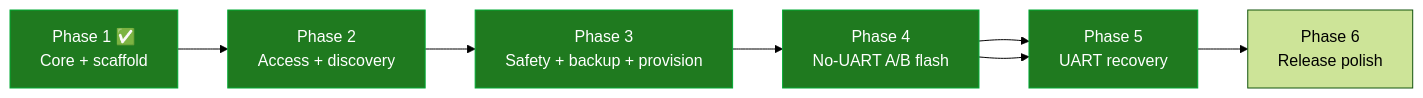
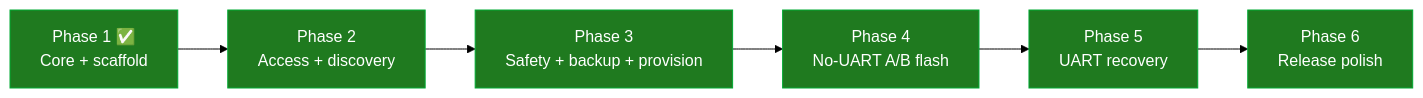
The diagram in ROADMAP-DEV.md (ParkWardRR/pelegrun-ap-hk07-firmware-tools), drawn with Mermaid (forest theme) before and after one commit. The commit also changed other lines of this file and 22 other files, not shown here.

````diff
--- a/ROADMAP-DEV.md
+++ b/ROADMAP-DEV.md
@@ -5,14 +5,14 @@
 ```mermaid
 flowchart LR
   P1[Phase 1 ✅<br/>Core + scaffold] --> P2[Phase 2<br/>Access + discovery]
   P2 --> P3[Phase 3<br/>Safety + backup + provision]
   P3 --> P4[Phase 4<br/>No-UART A/B flash]
   P4 --> P5[Phase 5<br/>UART recovery]
   P5 --> P6[Phase 6<br/>Release polish]
-  P4 --> P5
   style P1 fill:#1f7a1f,stroke:#0a3,color:#fff
   style P2 fill:#1f7a1f,stroke:#0a3,color:#fff
   style P3 fill:#1f7a1f,stroke:#0a3,color:#fff
   style P4 fill:#1f7a1f,stroke:#0a3,color:#fff
   style P5 fill:#1f7a1f,stroke:#0a3,color:#fff
+  style P6 fill:#1f7a1f,stroke:#0a3,color:#fff
 ```
````
